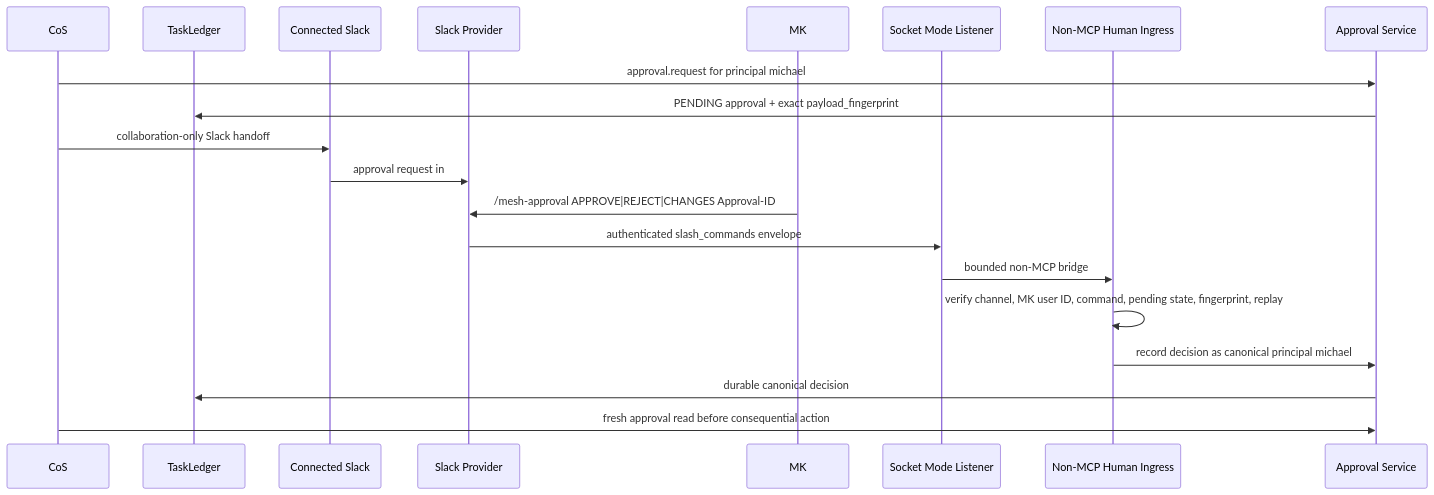
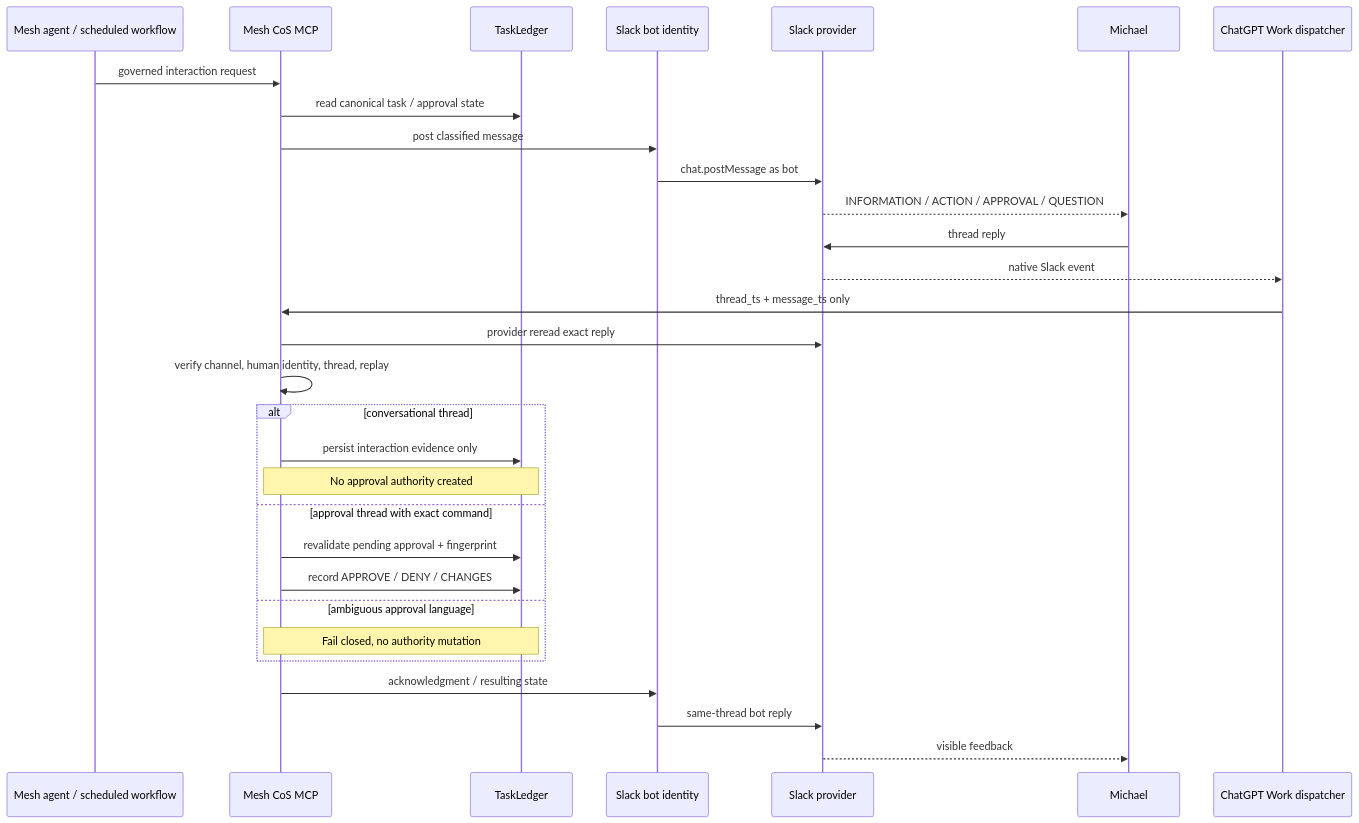
The diagram in docs/slack-agent-protocol.md (mkleinbe/mesh-ai-agent-cos-universe), drawn with Mermaid before and after one commit. The commit also changed other lines of this file, not shown here.

Commit message:
docs(slack): replace retired Socket Mode protocol with native peer HITL

````diff
--- a/docs/slack-agent-protocol.md
+++ b/docs/slack-agent-protocol.md
@@ -23,23 +17,32 @@
 ```mermaid
 sequenceDiagram
-    participant COS as CoS
+    participant A as Mesh agent / scheduled workflow
+    participant C as Mesh CoS MCP
     participant L as TaskLedger
-    participant CS as Connected Slack
-    participant S as Slack Provider
-    participant MK as MK
-    participant SM as Socket Mode Listener
-    participant H as Non-MCP Human Ingress
-    participant A as Approval Service
-
-    COS->>A: approval.request for principal michael
-    A->>L: PENDING approval + exact payload_fingerprint
-    COS->>CS: collaboration-only Slack handoff
-    CS->>S: approval request in #mesh-agent-ops
-    MK->>S: /mesh-approval APPROVE|REJECT|CHANGES Approval-ID
-    S->>SM: authenticated slash_commands envelope
-    SM->>H: bounded non-MCP bridge
-    H->>H: verify channel, MK user ID, command, pending state, fingerprint, replay
-    H->>A: record decision as canonical principal michael
-    A->>L: durable canonical decision
-    COS->>A: fresh approval read before consequential action
+    participant B as Slack bot identity
+    participant S as Slack provider
+    participant M as Michael
+    participant W as ChatGPT Work dispatcher
+    A->>C: governed interaction request
+    C->>L: read canonical task / approval state
+    C->>B: post classified message
+    B->>S: chat.postMessage as bot
+    S-->>M: INFORMATION / ACTION / APPROVAL / QUESTION
+    M->>S: thread reply
+    S-->>W: native Slack event
+    W->>C: thread_ts + message_ts only
+    C->>S: provider reread exact reply
+    C->>C: verify channel, human identity, thread, replay
+    alt conversational thread
+        C->>L: persist interaction evidence only
+        Note over C,L: No approval authority created
+    else approval thread with exact command
+        C->>L: revalidate pending approval + fingerprint
+        C->>L: record APPROVE / DENY / CHANGES
+    else ambiguous approval language
+        Note over C,L: Fail closed, no authority mutation
+    end
+    C->>B: acknowledgment / resulting state
+    B->>S: same-thread bot reply
+    S-->>M: visible feedback
 ```
````
